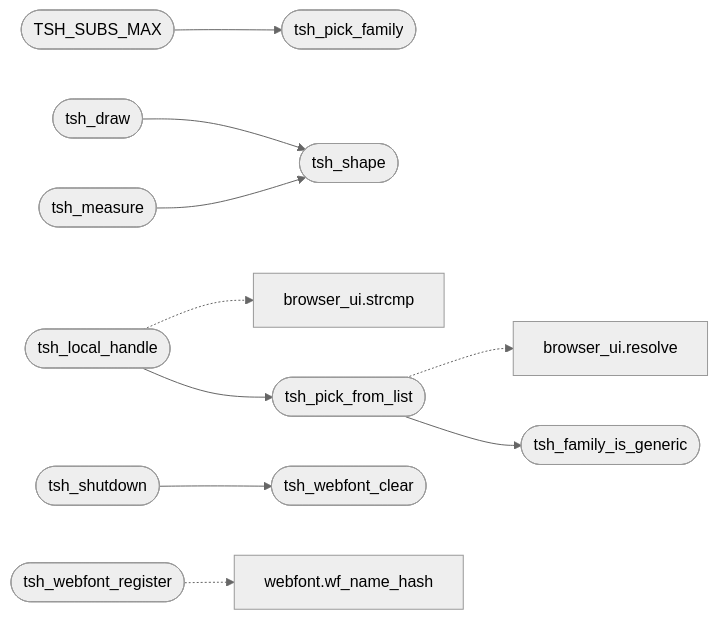
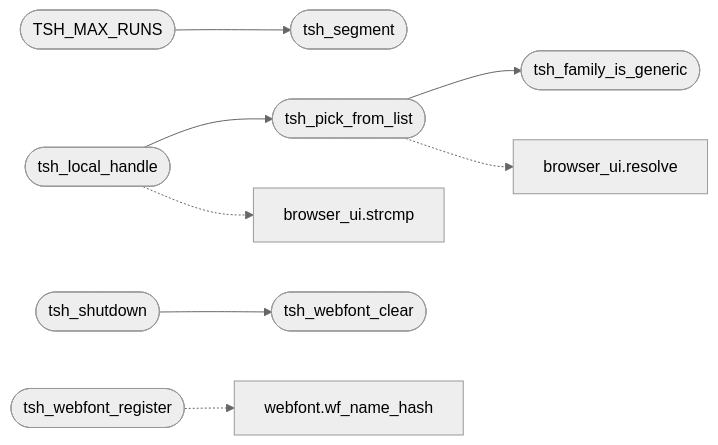
Before and after one commit to grisuno/FreeDom: the second of 2 diagrams in readmenator-apidocs/modules/src.text_shape.c.md, drawn with Mermaid (neutral theme). The commit also changed other lines of this file and 259 other files, not shown here.

````diff
--- a/readmenator-apidocs/modules/src.text_shape.c.md
+++ b/readmenator-apidocs/modules/src.text_shape.c.md
@@ -37,26 +43,21 @@
 ```mermaid
 flowchart LR
     n_src_text_shape_c__tsh_pick_from_list(["tsh_pick_from_list"])
     n_src_text_shape_c__tsh_family_is_generic(["tsh_family_is_generic"])
-    n_src_text_shape_c__TSH_SUBS_MAX(["TSH_SUBS_MAX"])
-    n_src_text_shape_c__tsh_pick_family(["tsh_pick_family"])
     n_src_text_shape_c__tsh_local_handle(["tsh_local_handle"])
-    n_src_text_shape_c__tsh_measure(["tsh_measure"])
-    n_src_text_shape_c__tsh_shape(["tsh_shape"])
-    n_src_text_shape_c__tsh_draw(["tsh_draw"])
+    n_src_text_shape_c__TSH_MAX_RUNS(["TSH_MAX_RUNS"])
+    n_src_text_shape_c__tsh_segment(["tsh_segment"])
     n_src_text_shape_c__tsh_shutdown(["tsh_shutdown"])
     n_src_text_shape_c__tsh_webfont_clear(["tsh_webfont_clear"])
     n_src_text_shape_c__tsh_webfont_register(["tsh_webfont_register"])
     n_include_webfont_h__wf_name_hash["webfont.wf_name_hash"]
     n_gui_browser_ui_c__resolve["browser_ui.resolve"]
     n_gui_browser_ui_c__strcmp["browser_ui.strcmp"]
     n_src_text_shape_c__tsh_pick_from_list --> n_src_text_shape_c__tsh_family_is_generic
-    n_src_text_shape_c__TSH_SUBS_MAX --> n_src_text_shape_c__tsh_pick_family
     n_src_text_shape_c__tsh_local_handle --> n_src_text_shape_c__tsh_pick_from_list
-    n_src_text_shape_c__tsh_measure --> n_src_text_shape_c__tsh_shape
-    n_src_text_shape_c__tsh_draw --> n_src_text_shape_c__tsh_shape
+    n_src_text_shape_c__TSH_MAX_RUNS --> n_src_text_shape_c__tsh_segment
     n_src_text_shape_c__tsh_shutdown --> n_src_text_shape_c__tsh_webfont_clear
     n_src_text_shape_c__tsh_webfont_register -.-> n_include_webfont_h__wf_name_hash
     n_src_text_shape_c__tsh_pick_from_list -.-> n_gui_browser_ui_c__resolve
     n_src_text_shape_c__tsh_local_handle -.-> n_gui_browser_ui_c__strcmp
 ```
````
